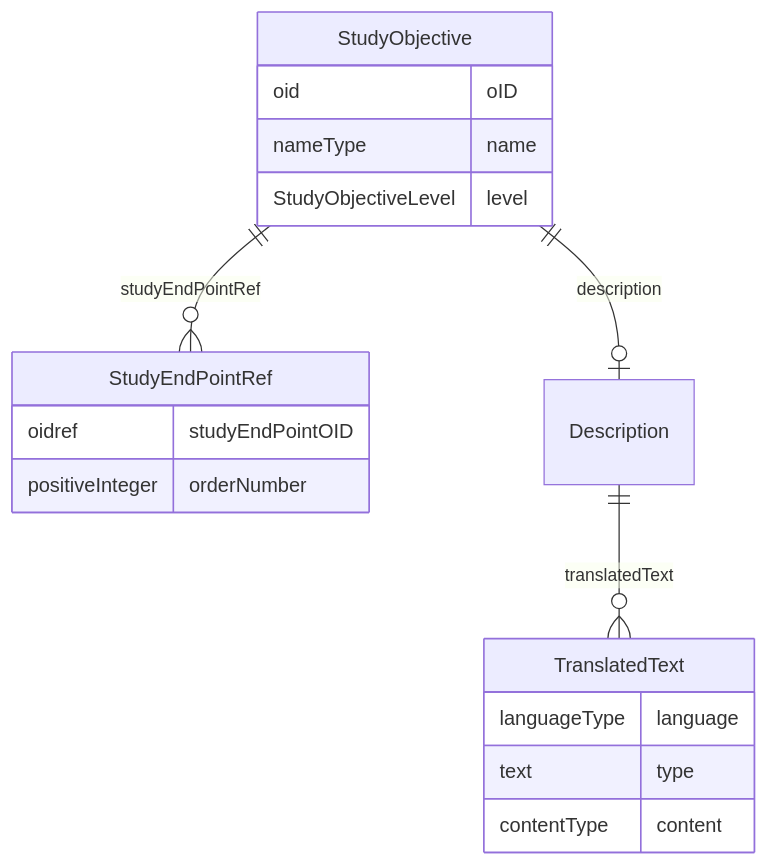
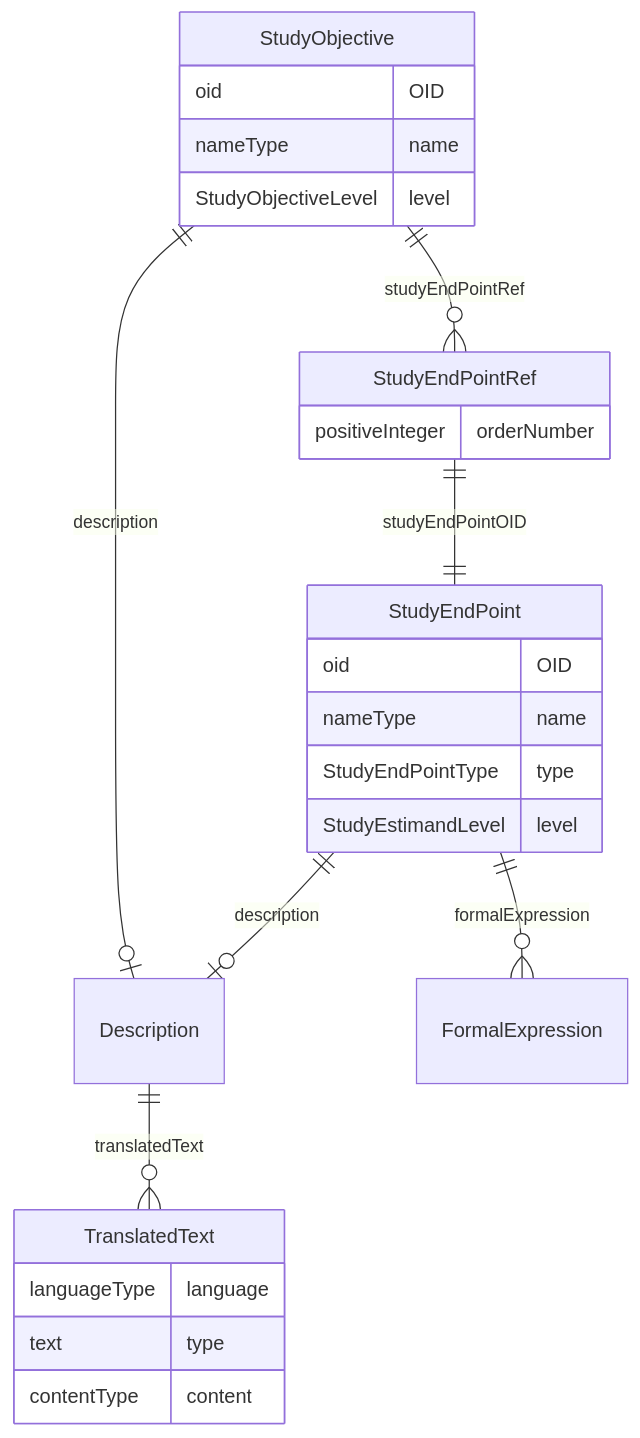
Before and after one commit to cdisc-org/DataExchange-ODM-LinkML: the diagram in docs/StudyObjective.md, drawn with Mermaid. The commit also changed other lines of this file and 338 other files, not shown here.

Commit message:
improved references by detecting targets for oidref type slots

````diff
--- a/docs/StudyObjective.md
+++ b/docs/StudyObjective.md
@@ -11,25 +11,33 @@
 ```mermaid
 erDiagram
 StudyObjective {
-    oid oID  
+    oid OID  
     nameType name  
     StudyObjectiveLevel level  
 }
 StudyEndPointRef {
-    oidref studyEndPointOID  
     positiveInteger orderNumber  
+}
+StudyEndPoint {
+    oid OID  
+    nameType name  
+    StudyEndPointType type  
+    StudyEstimandLevel level  
 }
 Description {
 
 }
 TranslatedText {
     languageType language  
     text type  
     contentType content  
 }
 
 StudyObjective ||--|o Description : "description"
 StudyObjective ||--}o StudyEndPointRef : "studyEndPointRef"
+StudyEndPointRef ||--|| StudyEndPoint : "studyEndPointOID"
+StudyEndPoint ||--|o Description : "description"
+StudyEndPoint ||--}o FormalExpression : "formalExpression"
 Description ||--}o TranslatedText : "translatedText"
 
 ```
````
